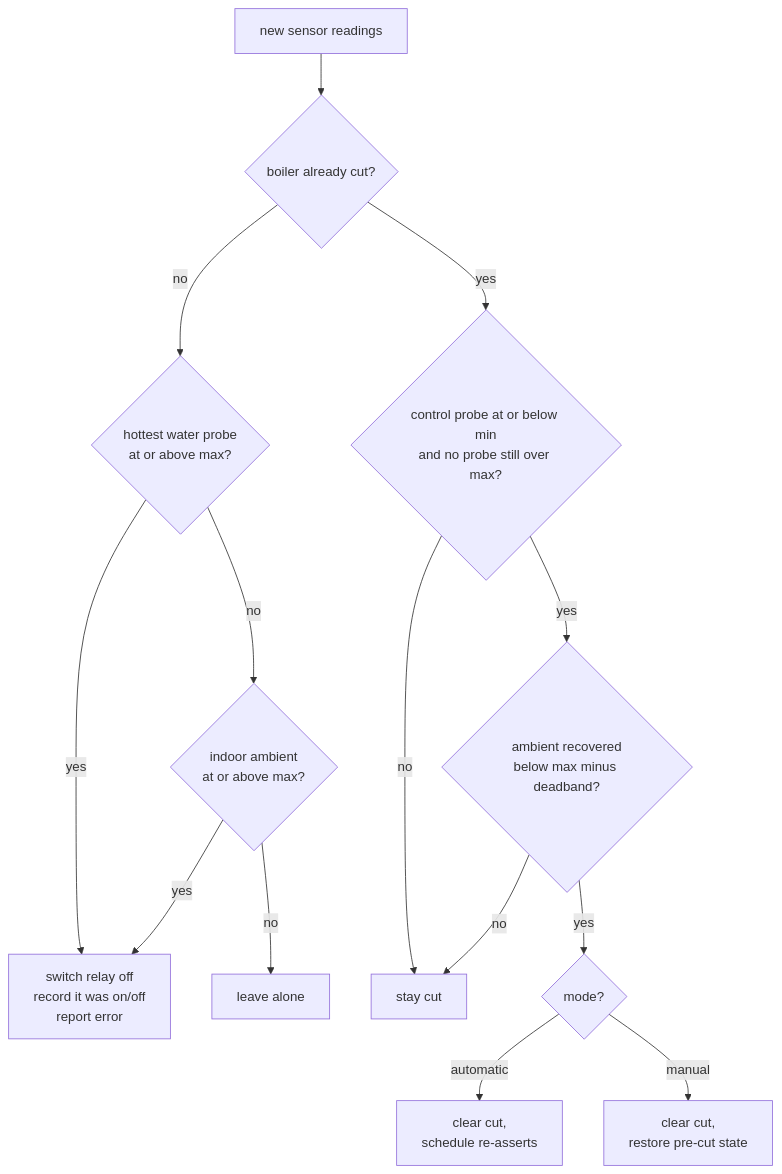
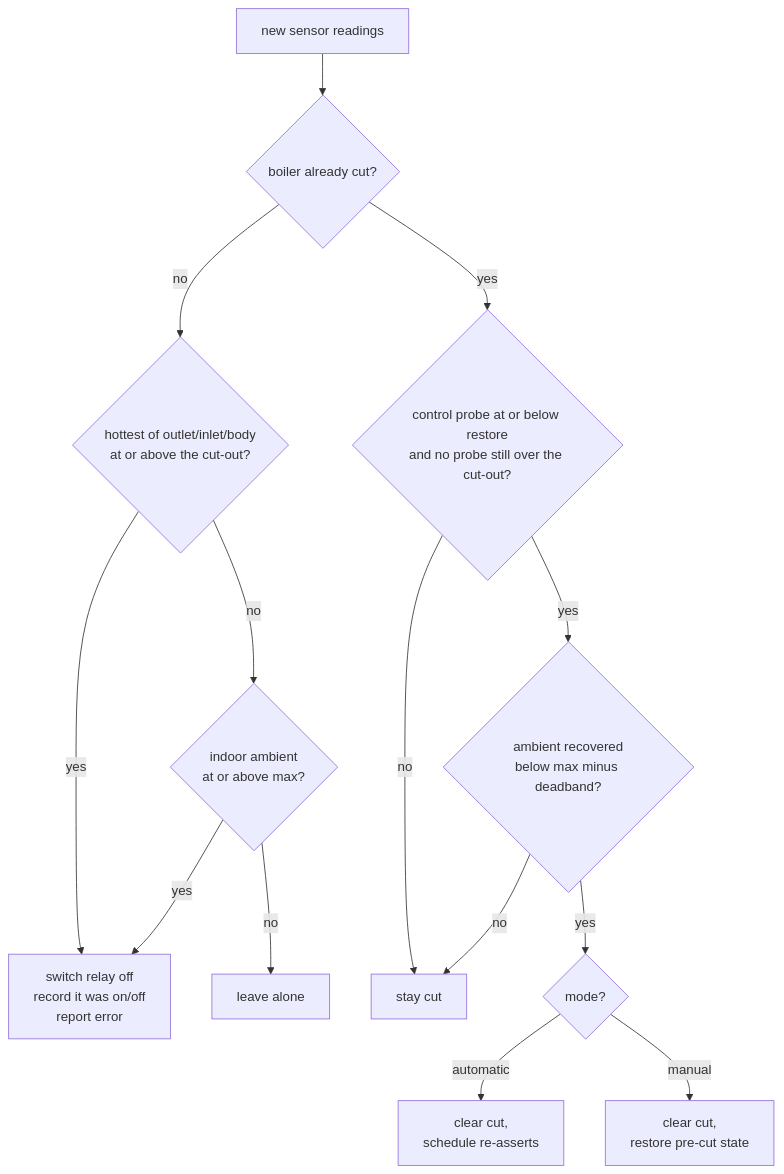
One commit to mehrab-ghasemzadeh/boilerRoom-edge changed the eighth of 8 diagrams in README.md. Above: the diagram before and after it, drawn with Mermaid. The commit also changed other lines of this file and 26 other files, not shown here.

````diff
--- a/README.md
+++ b/README.md
@@ -257,18 +489,18 @@
 ```mermaid
 flowchart TD
     A["new sensor readings"] --> B{"boiler already cut?"}
 
-    B -->|no| C{"hottest water probe<br/>at or above max?"}
+    B -->|no| C{"hottest of outlet/inlet/body<br/>at or above the cut-out?"}
     C -->|yes| D["switch relay off<br/>record it was on/off<br/>report error"]
     C -->|no| E{"indoor ambient<br/>at or above max?"}
     E -->|yes| D
     E -->|no| F["leave alone"]
 
-    B -->|yes| G{"control probe at or below min<br/>and no probe still over max?"}
+    B -->|yes| G{"control probe at or below restore<br/>and no probe still over the cut-out?"}
     G -->|no| H["stay cut"]
     G -->|yes| I{"ambient recovered<br/>below max minus deadband?"}
     I -->|no| H
     I -->|yes| J{"mode?"}
     J -->|automatic| K["clear cut,<br/>schedule re-asserts"]
     J -->|manual| L["clear cut,<br/>restore pre-cut state"]
 ```
````
